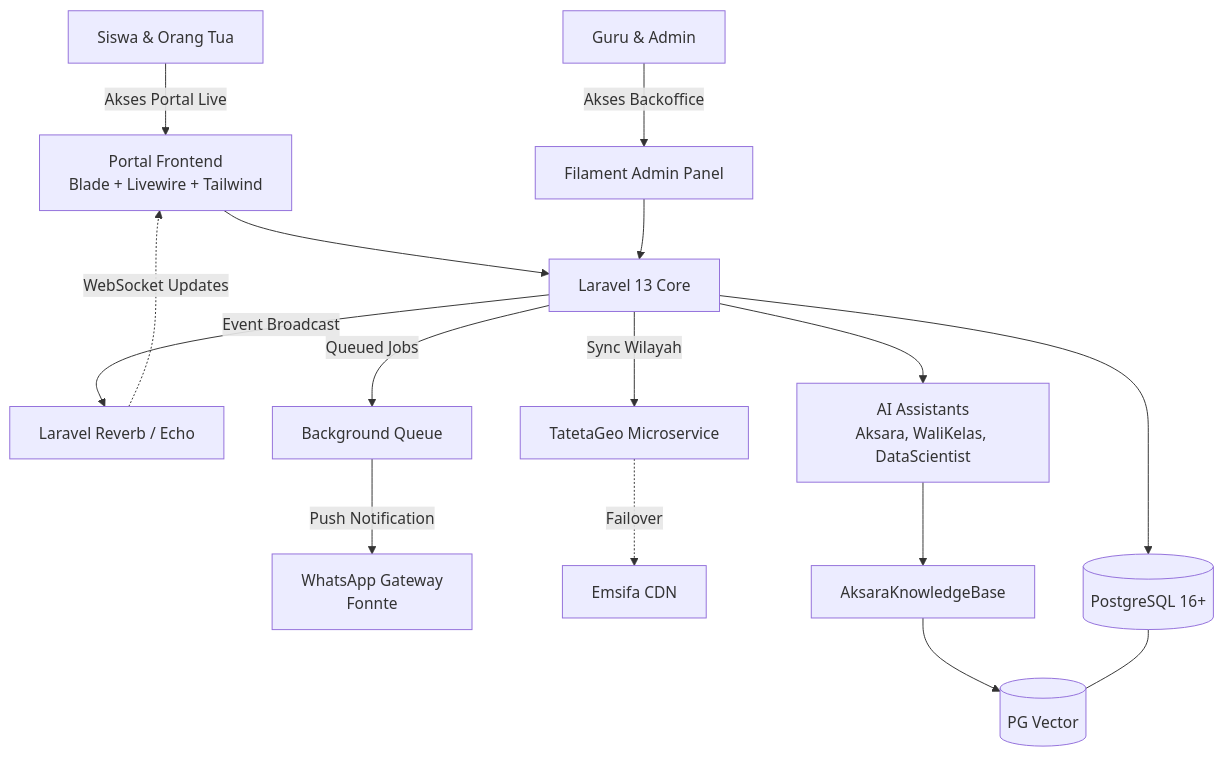
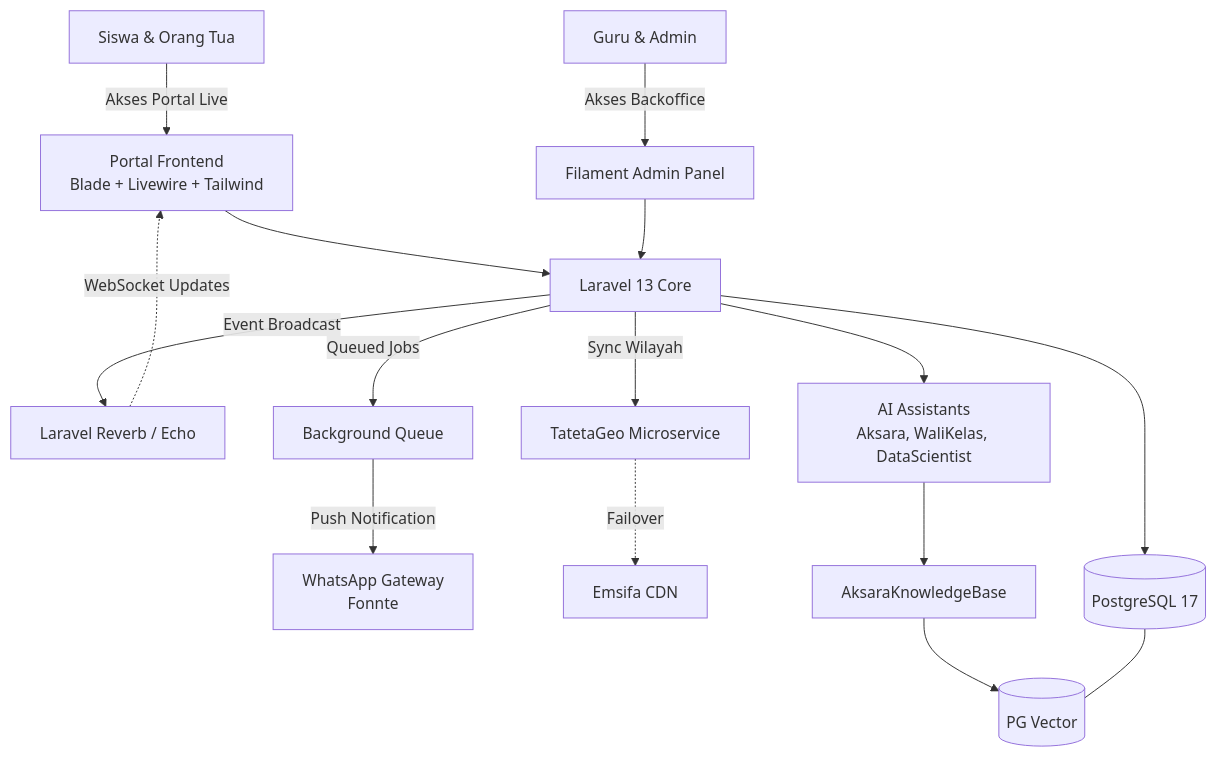
One commit to itsnacla/aksara changed the first of 5 diagrams in README.md. Above: the diagram before and after it, drawn with Mermaid. The commit also changed other lines of this file and 1 other file, not shown here.

````diff
--- a/README.md
+++ b/README.md
@@ -53,27 +63,27 @@
 ```mermaid
 graph TD
     %% End Users & Interfaces
     Siswa[Siswa & Orang Tua] -->|Akses Portal Live| Portal[Portal Frontend<br>Blade + Livewire + Tailwind]
     Guru[Guru & Admin] -->|Akses Backoffice| AdminPanel[Filament Admin Panel]
     
     %% Core System
     Portal --> Core[Laravel 13 Core]
     AdminPanel --> Core
     
     %% Background Tasks & Realtime
     Core -->|Event Broadcast| Reverb[Laravel Reverb / Echo]
     Reverb -.->|WebSocket Updates| Portal
     Core -->|Queued Jobs| Queue[Background Queue]
     
     %% External Gateways
     Queue -->|Push Notification| WA[WhatsApp Gateway<br>Fonnte]
     Core -->|Sync Wilayah| TatetaGeo[TatetaGeo Microservice]
     TatetaGeo -.->|Failover| Emsifa[Emsifa CDN]
     
     %% Database & AI
-    Core --> DB[(PostgreSQL 16+)]
+    Core --> DB[(PostgreSQL 17)]
     Core --> AIAgent[AI Assistants<br>Aksara, WaliKelas, DataScientist]
     AIAgent --> RAG[AksaraKnowledgeBase]
     RAG --> PGVector[(PG Vector)]
     DB --- PGVector
 ```
````
